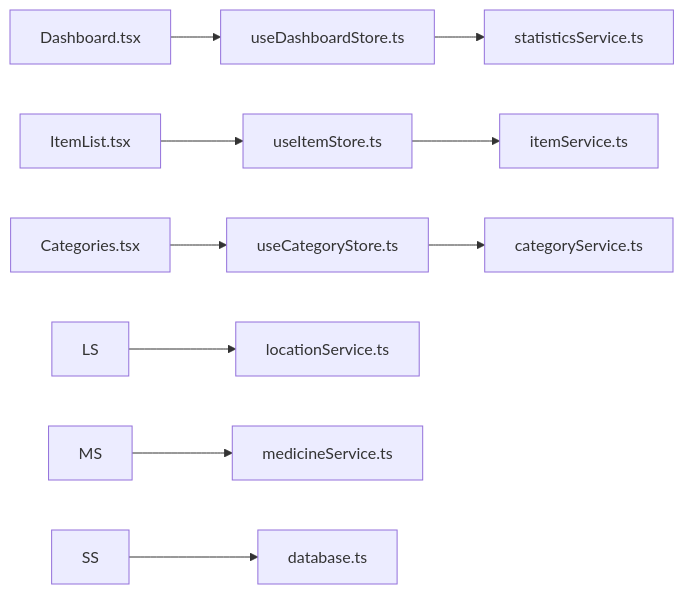
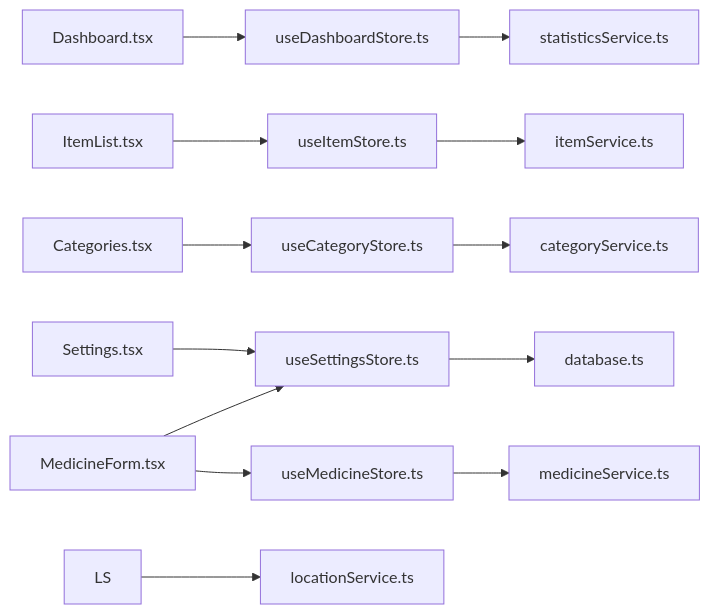
One commit to yn-zxj/Assetly changed the seventh of 7 diagrams in .qoder/repowiki/zh/content/状态管理/状态管理.md. Above: the diagram before and after it, drawn with Mermaid. The commit also changed other lines of this file and 16 other files, not shown here.

````diff
--- a/.qoder/repowiki/zh/content/状态管理/状态管理.md
+++ b/.qoder/repowiki/zh/content/状态管理/状态管理.md
@@ -374,12 +400,15 @@
 ```mermaid
 graph LR
 DRoute["Dashboard.tsx"] --> DS["useDashboardStore.ts"]
 IRoute["ItemList.tsx"] --> IS["useItemStore.ts"]
 CRoute["Categories.tsx"] --> CS["useCategoryStore.ts"]
+SRoute["Settings.tsx"] --> SS["useSettingsStore.ts"]
+MRoute["MedicineForm.tsx"] --> MS["useMedicineStore.ts"]
+MRoute --> SS
 CS --> CatSvc["categoryService.ts"]
 IS --> ItemSvc["itemService.ts"]
 LS --> LocSvc["locationService.ts"]
 MS --> MedSvc["medicineService.ts"]
 DS --> StatSvc["statisticsService.ts"]
 SS --> DbSvc["database.ts"]
 ```
````
